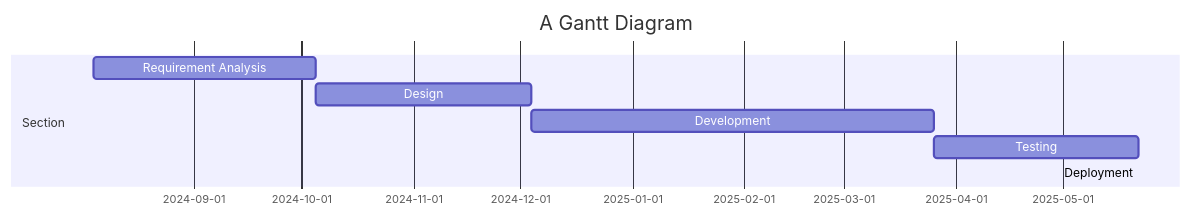
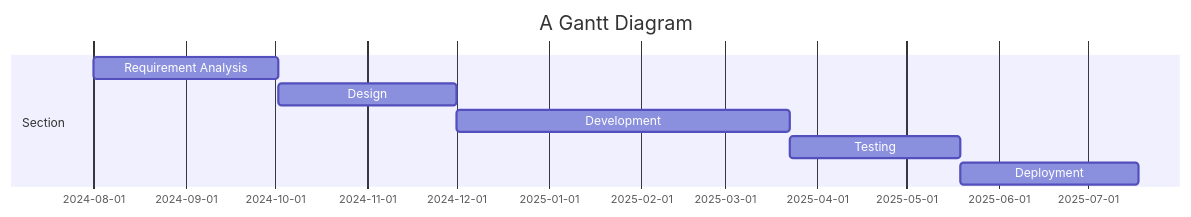
Before and after one commit to sayshelley/iodraw-files: the diagram in all/Code Gantt Chart.md, drawn with Mermaid.

Commit message:
2024-10-04 22:27:50 update

````diff
--- a/all/Code Gantt Chart.md
+++ b/all/Code Gantt Chart.md
@@ -1,15 +1,15 @@
 ```mermaid
 gantt
     title A Gantt Diagram
     dateFormat  YYYY-MM-DD
     section Section
-    Requirement Analysis        :a1, 2024-08-04, 62d
+    Requirement Analysis        :a1, 2024-08-01, 62d
     Design :a2, after a1, 60d
     Development: a3, after a2, 112d
     Testing: a4, after a3, 57d
-    Deployment : a5, after a4, 
+    Deployment : a5, after a4, 60d
     
 
 
    
 ```
````
